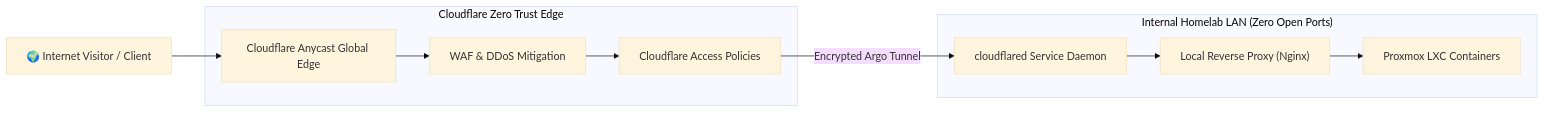
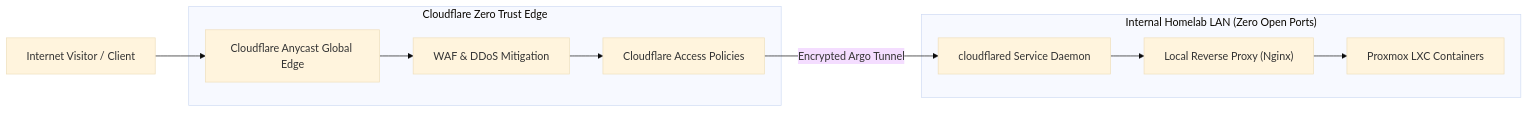
The diagram in docs/infra/networking.md (IAndrexI/documentation), drawn with Mermaid (base theme) before and after one commit. The commit also changed 39 other files, not shown here.

````diff
--- a/docs/infra/networking.md
+++ b/docs/infra/networking.md
@@ -9,15 +9,15 @@
 ```mermaid
 flowchart LR
-    Visitor["🌍 Internet Visitor / Client"] --> Edge["Cloudflare Anycast Global Edge"]
+    Visitor["Internet Visitor / Client"] --> Edge["Cloudflare Anycast Global Edge"]
     
     subgraph Cloudflare["Cloudflare Zero Trust Edge"]
         Edge --> WAF["WAF & DDoS Mitigation"]
         WAF --> Access["Cloudflare Access Policies"]
     end
 
     subgraph InternalLAN["Internal Homelab LAN (Zero Open Ports)"]
         Access -->|Encrypted Argo Tunnel| Daemon["cloudflared Service Daemon"]
         Daemon --> ReverseProxy["Local Reverse Proxy (Nginx)"]
         ReverseProxy --> Services["Proxmox LXC Containers"]
     end
 ```
````
